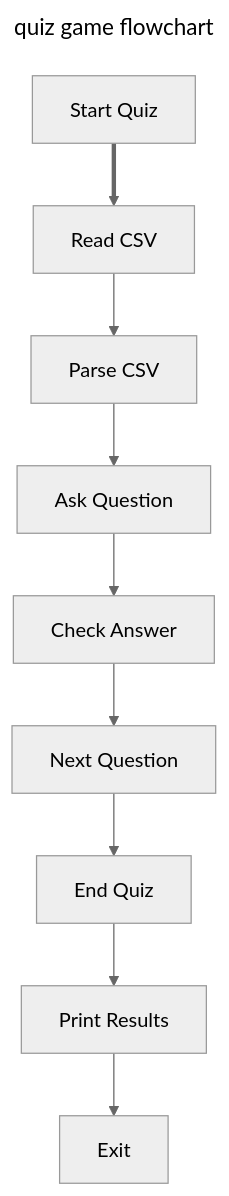
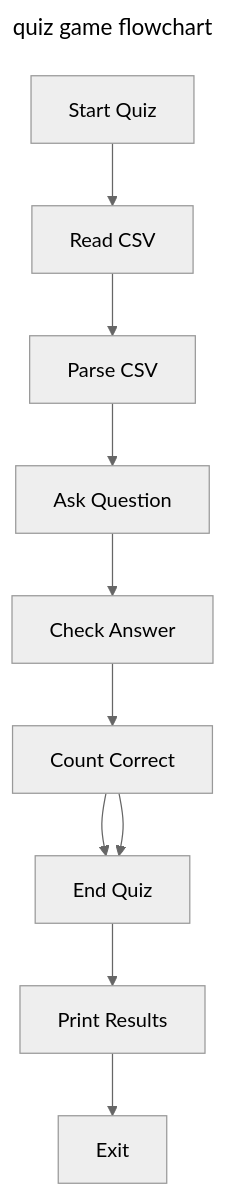
One commit to kravetsd/quiz changed the diagram in docs/diagram.md. Above: the diagram before and after it, drawn with Mermaid (neutral theme). The commit also changed 3 other files, not shown here.

````diff
--- a/docs/diagram.md
+++ b/docs/diagram.md
@@ -1,15 +1,16 @@
 ```mermaid
 ---
 title: quiz game flowchart
 ---
 flowchart TB
-    A[Start Quiz] ==> B[Read CSV]
+    A[Start Quiz] --> B[Read CSV]
     B --> C[Parse CSV]
     C --> D[Ask Question]
     D --> E[Check Answer]
-    E --> F[Next Question]
+    E --> F[Count Correct]
+    F --> G[Next Question]
     F --> G[End Quiz]
     G --> H[Print Results]
     H --> I[Exit]
 
 ```
````
